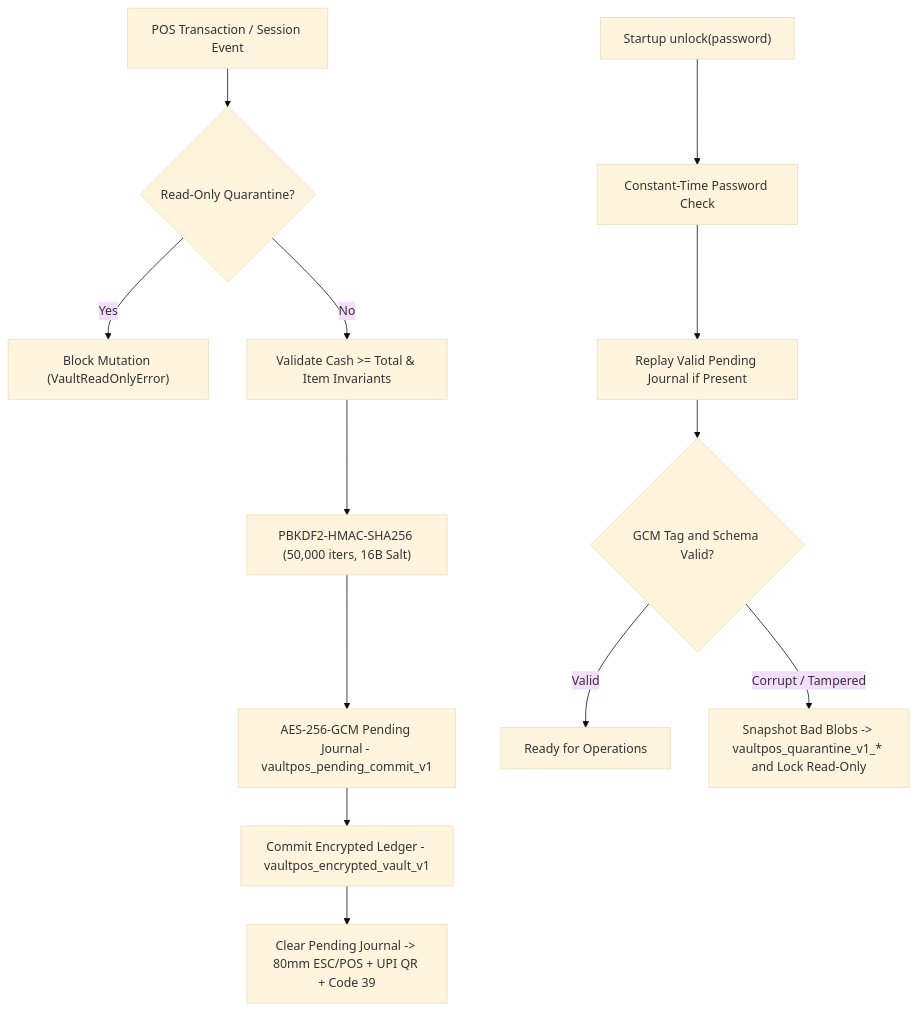
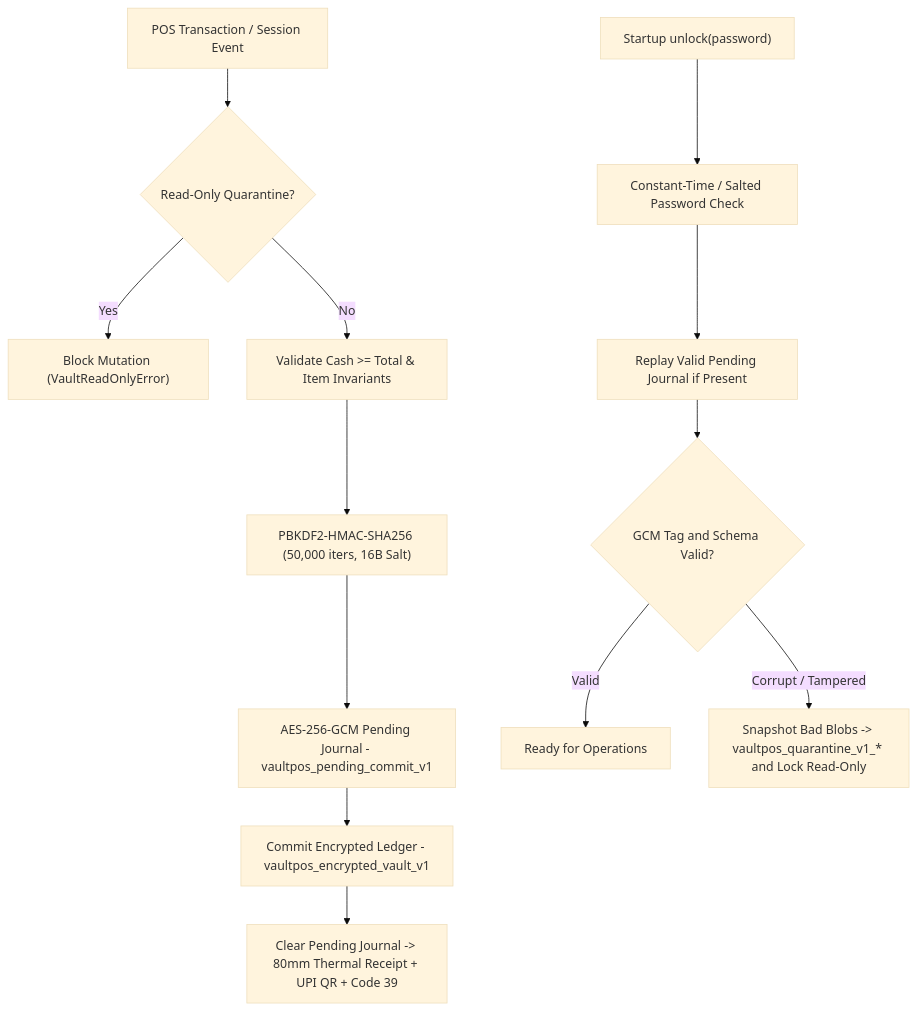
One commit to Harshit-Ghotiya/vaultpos changed the diagram in README.md. Above: the diagram before and after it, drawn with Mermaid (base theme). The commit also changed other lines of this file and 9 other files, not shown here.

````diff
--- a/README.md
+++ b/README.md
@@ -16,16 +20,16 @@
 ```mermaid
 flowchart TD
     A["POS Transaction / Session Event"] --> B{"Read-Only Quarantine?"}
     B -- "Yes" --> X["Block Mutation (VaultReadOnlyError)"]
     B -- "No" --> C["Validate Cash >= Total & Item Invariants"]
     C --> D["PBKDF2-HMAC-SHA256 (50,000 iters, 16B Salt)"]
     D --> E["AES-256-GCM Pending Journal - vaultpos_pending_commit_v1"]
     E --> F["Commit Encrypted Ledger - vaultpos_encrypted_vault_v1"]
-    F --> G["Clear Pending Journal -> 80mm ESC/POS + UPI QR + Code 39"]
+    F --> G["Clear Pending Journal -> 80mm Thermal Receipt + UPI QR + Code 39"]
 
-    S["Startup unlock(password)"] --> V["Constant-Time Password Check"]
+    S["Startup unlock(password)"] --> V["Constant-Time / Salted Password Check"]
     V --> R["Replay Valid Pending Journal if Present"]
     R --> T{"GCM Tag and Schema Valid?"}
     T -- "Valid" --> OK["Ready for Operations"]
     T -- "Corrupt / Tampered" --> Q["Snapshot Bad Blobs -> vaultpos_quarantine_v1_* and Lock Read-Only"]
 ```
````
